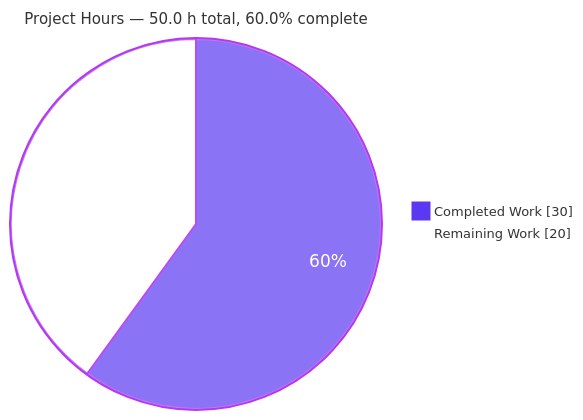
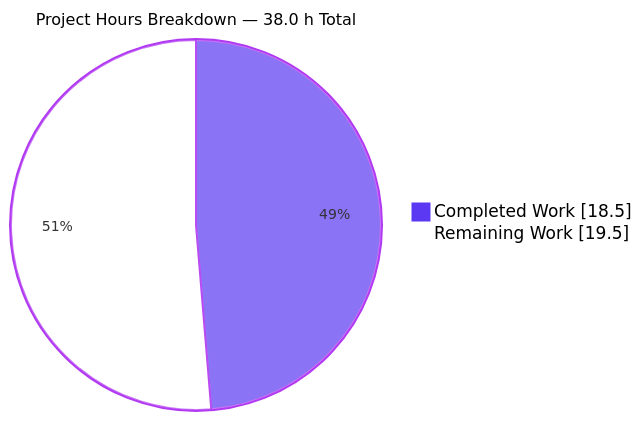
Before and after one commit to blitzy-public-samples/hello-world2-0r6b4x: the second of 4 diagrams in blitzy/documentation/Project Guide.md, drawn with Mermaid. The commit also changed other lines of this file, not shown here.

Commit message:
Adding Blitzy Project Guide: Project Status and Human Tasks Remaining

````diff
--- a/blitzy/documentation/Project Guide.md
+++ b/blitzy/documentation/Project Guide.md
@@ -306,6 +218,6 @@
 ```mermaid
-%%{init: {"theme":"base","themeVariables":{"pie1":"#5B39F3","pie2":"#FFFFFF","pieStrokeColor":"#B23AF2","pieStrokeWidth":"2px","pieOuterStrokeColor":"#B23AF2","pieOuterStrokeWidth":"2px","pieSectionTextColor":"#FFFFFF","pieTitleTextSize":"15px","pieLegendTextSize":"13px"}}}%%
-pie showData title Project Hours — 50.0 h total, 60.0% complete
-    "Completed Work" : 30
-    "Remaining Work" : 20
+%%{init: {"themeVariables": {"pie1": "#5B39F3", "pie2": "#FFFFFF", "pieStrokeColor": "#B23AF2", "pieStrokeWidth": "2px", "pieOuterStrokeColor": "#B23AF2", "pieTitleTextSize": "16px", "pieSectionTextSize": "14px"}}}%%
+pie showData title Project Hours Breakdown — 38.0 h Total
+    "Completed Work" : 18.5
+    "Remaining Work" : 19.5
 ```
````
